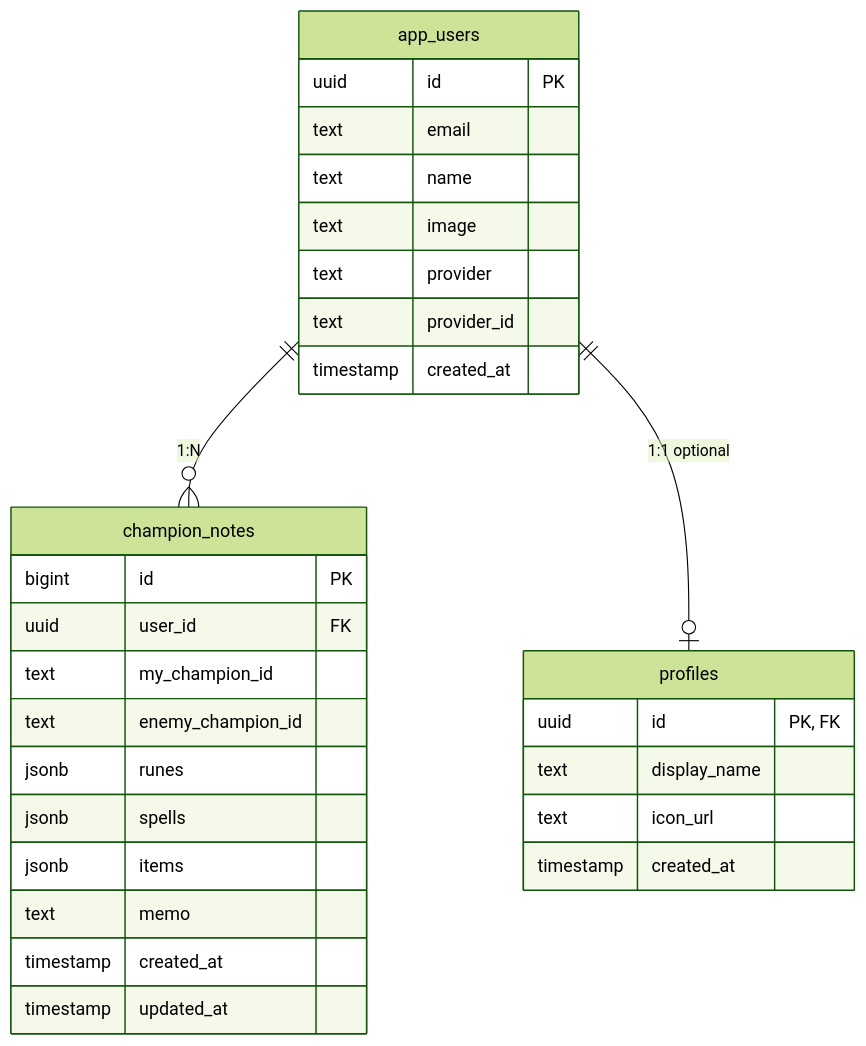
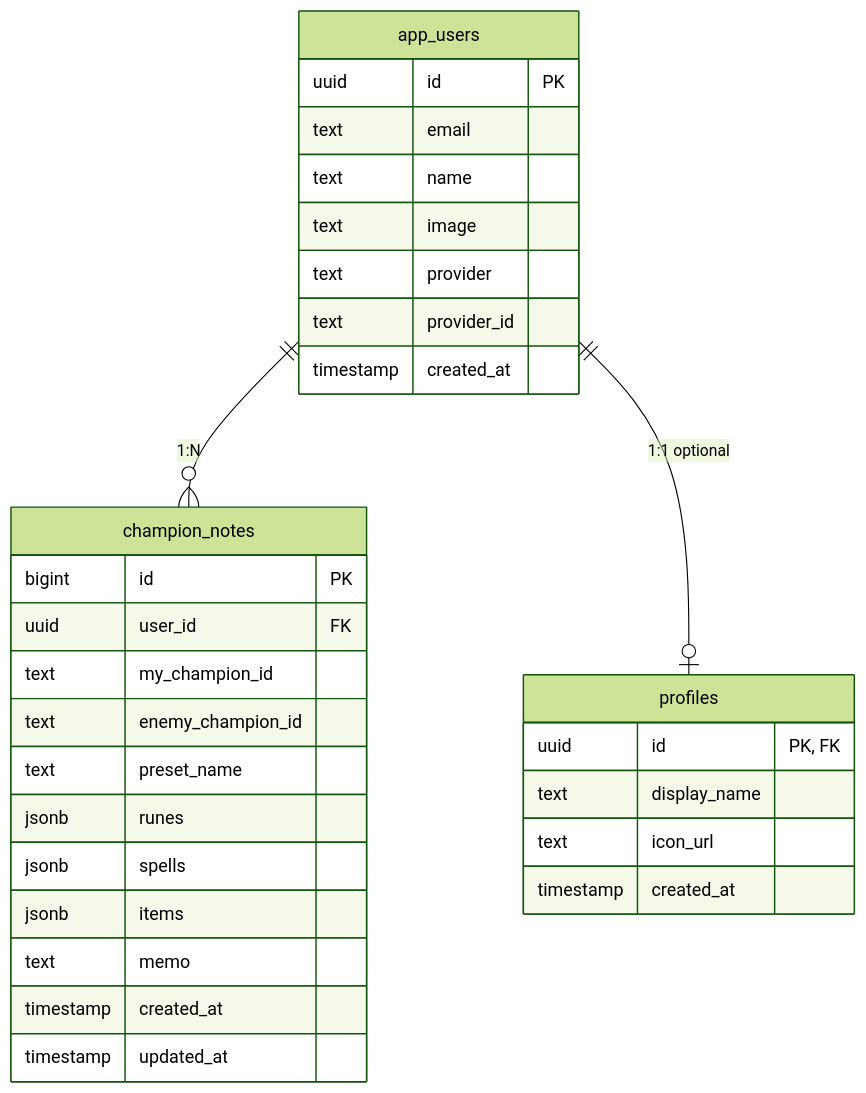
Before and after one commit to clone701/lollab: the third of 3 diagrams in .kiro/specs/note-database-design/design.md, drawn with Mermaid (forest theme). The commit also changed other lines of this file and 33 other files, not shown here.

````diff
--- a/.kiro/specs/note-database-design/design.md
+++ b/.kiro/specs/note-database-design/design.md
@@ -243,35 +245,36 @@
 ```mermaid
 erDiagram
     app_users ||--o{ champion_notes : "1:N"
     app_users ||--o| profiles : "1:1 optional"
     
     app_users {
         uuid id PK
         text email
         text name
         text image
         text provider
         text provider_id
         timestamp created_at
     }
     
     profiles {
         uuid id "PK, FK"
         text display_name
         text icon_url
         timestamp created_at
     }
     
     champion_notes {
         bigint id PK
         uuid user_id FK
         text my_champion_id
         text enemy_champion_id
+        text preset_name
         jsonb runes
         jsonb spells
         jsonb items
         text memo
         timestamp created_at
         timestamp updated_at
     }
 ```
````
